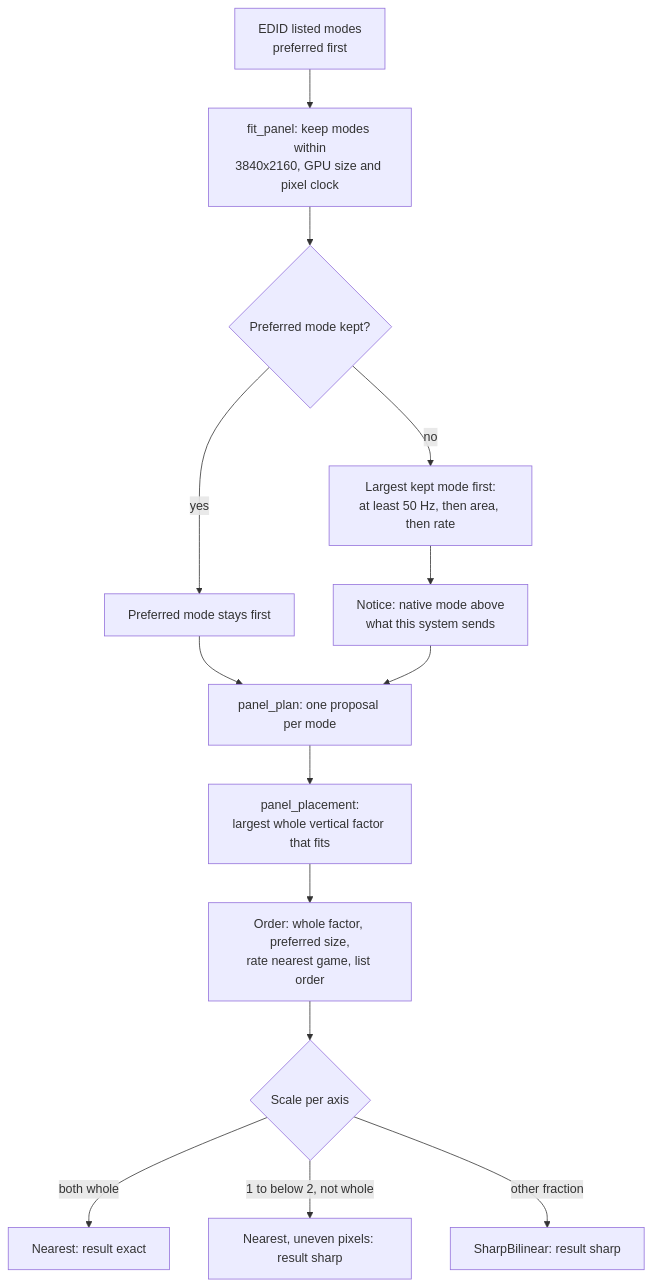
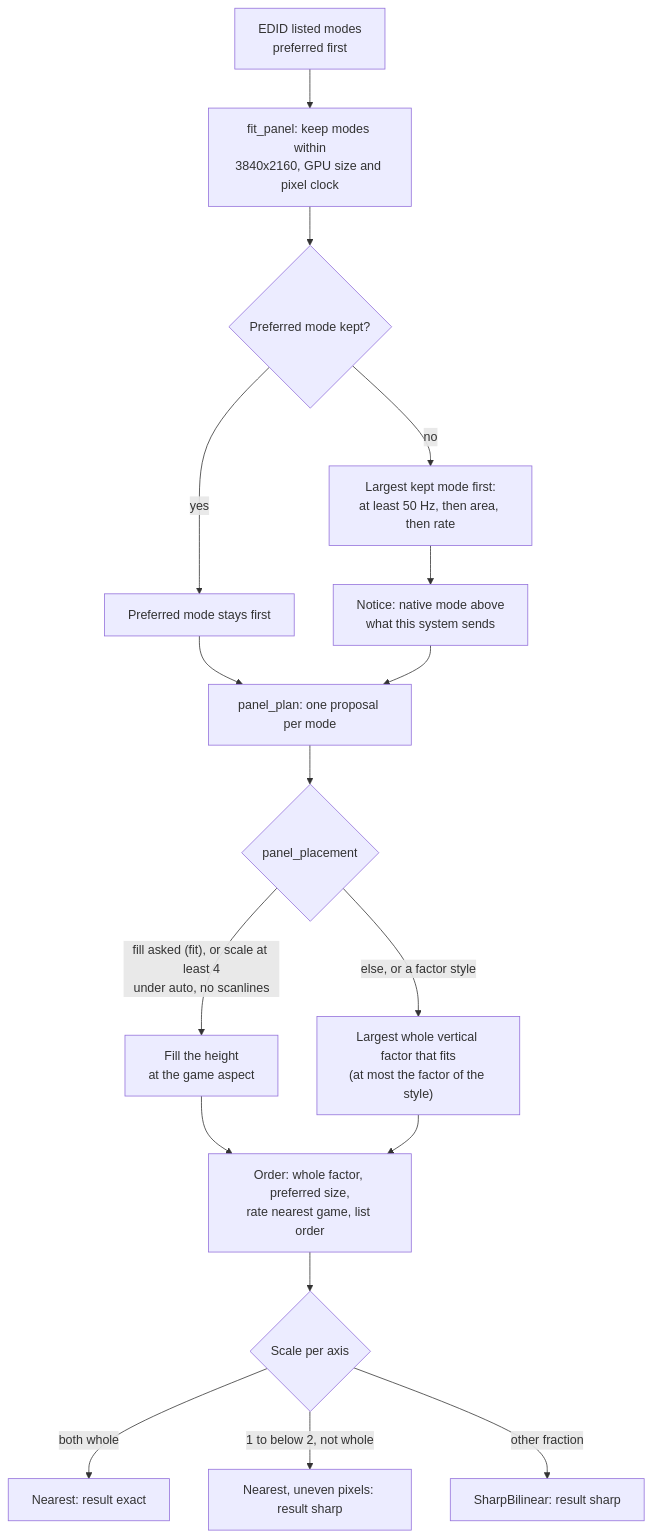
Before and after one commit to paologaleotti/neptron: the sixth of 6 diagrams in docs/flows/05-policy.md, drawn with Mermaid. The commit also changed other lines of this file and 2 other files, not shown here.

First line of the commit message:
docs(flows): fix the policy, ODREN and session pages for turned sources and picture modes

````diff
--- a/docs/flows/05-policy.md
+++ b/docs/flows/05-policy.md
@@ -106,16 +106,19 @@
 ```mermaid
 flowchart TD
     A["EDID listed modes<br/>preferred first"] --> B["fit_panel: keep modes within<br/>3840x2160, GPU size and pixel clock"]
     B --> C{"Preferred mode kept?"}
     C -- "yes" --> E["Preferred mode stays first"]
     C -- "no" --> D["Largest kept mode first:<br/>at least 50 Hz, then area, then rate"]
     D --> N["Notice: native mode above<br/>what this system sends"]
     E --> P["panel_plan: one proposal per mode"]
     N --> P
-    P --> Q["panel_placement:<br/>largest whole vertical factor that fits"]
-    Q --> R["Order: whole factor, preferred size,<br/>rate nearest game, list order"]
+    P --> Q{"panel_placement"}
+    Q -- "fill asked (fit), or scale at least 4<br/>under auto, no scanlines" --> FILL["Fill the height<br/>at the game aspect"]
+    Q -- "else, or a factor style" --> WH["Largest whole vertical factor that fits<br/>(at most the factor of the style)"]
+    FILL --> R
+    WH --> R["Order: whole factor, preferred size,<br/>rate nearest game, list order"]
     R --> S{"Scale per axis"}
     S -- "both whole" --> T["Nearest: result exact"]
     S -- "1 to below 2, not whole" --> V["Nearest, uneven pixels: result sharp"]
     S -- "other fraction" --> W["SharpBilinear: result sharp"]
 ```
````
